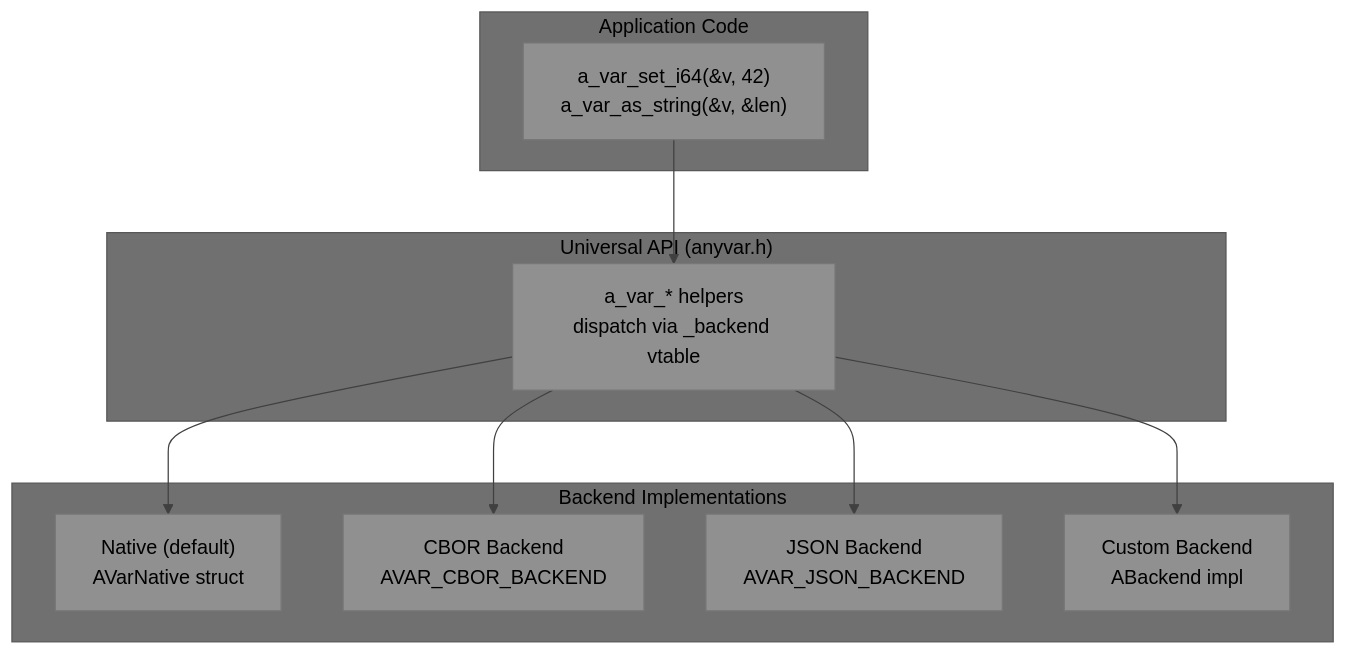
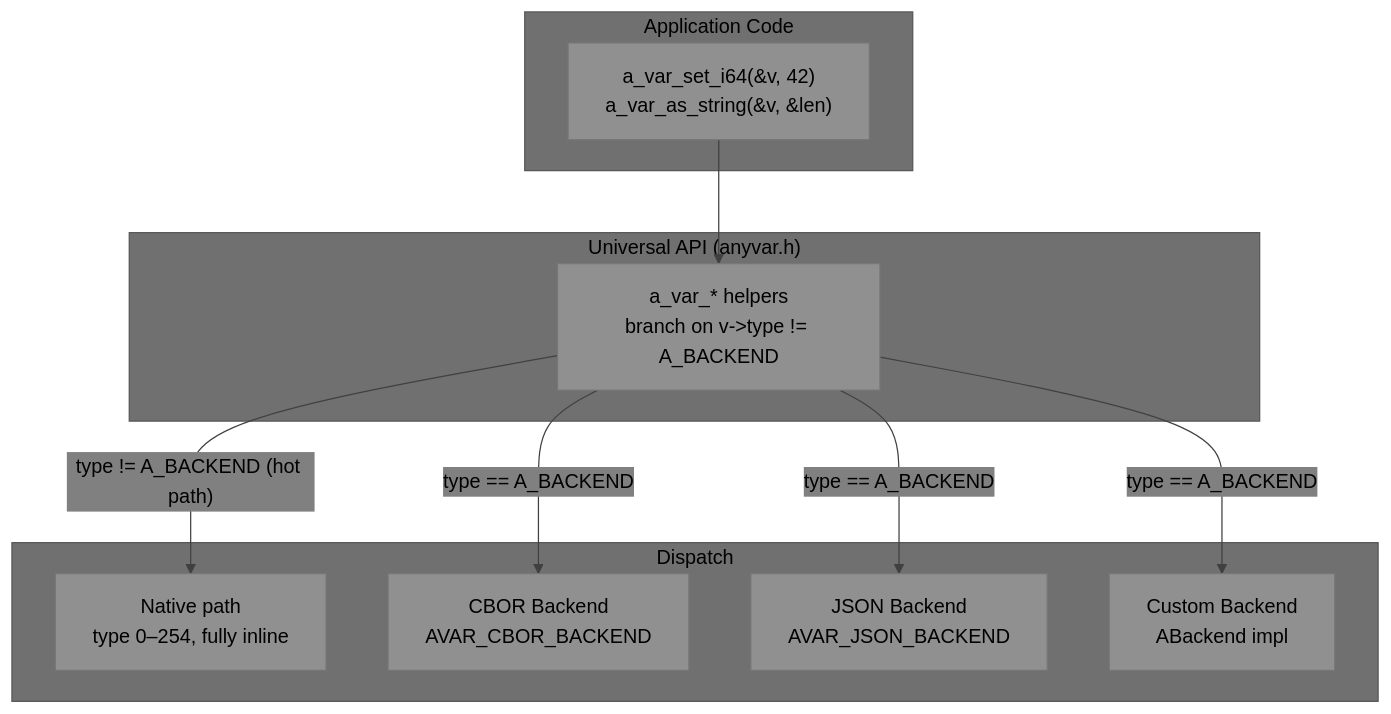
One commit to visionik/anyvar changed the third of 11 diagrams in README.md. Above: the diagram before and after it, drawn with Mermaid. The commit also changed other lines of this file, not shown here.

Commit message:
feat: adopt type-sentinel architecture (v0.3.0)

````diff
--- a/README.md
+++ b/README.md
@@ -119,21 +123,21 @@
 ```mermaid
 %%{init: {'theme': 'base', 'themeVariables': { 'primaryColor': '#909090', 'secondaryColor': '#808080', 'tertiaryColor': '#707070', 'primaryTextColor': '#000000', 'secondaryTextColor': '#000000', 'tertiaryTextColor': '#000000', 'noteTextColor': '#000000', 'lineColor': '#404040' }}}%%
 graph TB
     subgraph "Application Code"
         APP["a_var_set_i64(&v, 42)<br/>a_var_as_string(&v, &len)"]
     end
     subgraph "Universal API (anyvar.h)"
-        API["a_var_* helpers<br/>dispatch via _backend vtable"]
+        API["a_var_* helpers<br/>branch on v->type != A_BACKEND"]
     end
-    subgraph "Backend Implementations"
-        NB["Native (default)<br/>AVarNative struct"]
+    subgraph "Dispatch"
+        NB["Native path<br/>type 0–254, fully inline"]
         CB["CBOR Backend<br/>AVAR_CBOR_BACKEND"]
         JB["JSON Backend<br/>AVAR_JSON_BACKEND"]
         XB["Custom Backend<br/>ABackend impl"]
     end
     APP --> API
-    API --> NB
-    API --> CB
-    API --> JB
-    API --> XB
+    API -->|"type != A_BACKEND (hot path)"| NB
+    API -->|"type == A_BACKEND"| CB
+    API -->|"type == A_BACKEND"| JB
+    API -->|"type == A_BACKEND"| XB
 ```
````
